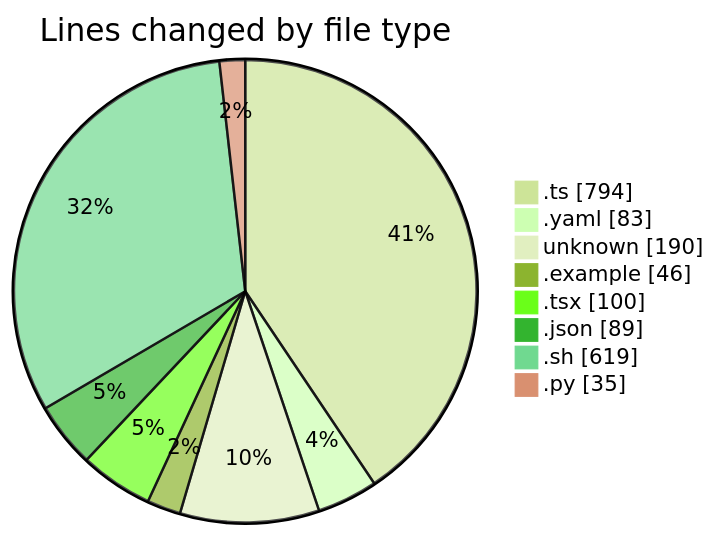
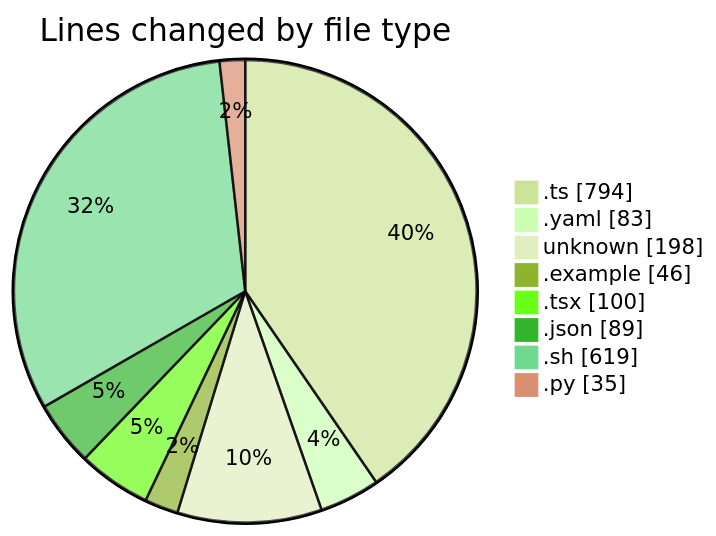
Before and after one commit to mevix1/code-tracking: the first of 2 diagrams in 2025-10-01/open-health/README.md, drawn with Mermaid (forest theme). The commit also changed other lines of this file and 1 other file, not shown here.

````diff
--- a/2025-10-01/open-health/README.md
+++ b/2025-10-01/open-health/README.md
@@ -49,12 +49,12 @@
 ```mermaid
 pie showData
 title Lines changed by file type
 ".ts" : 794
 ".yaml" : 83
-"unknown" : 190
+"unknown" : 198
 ".example" : 46
 ".tsx" : 100
 ".json" : 89
 ".sh" : 619
 ".py" : 35
 ```
````
